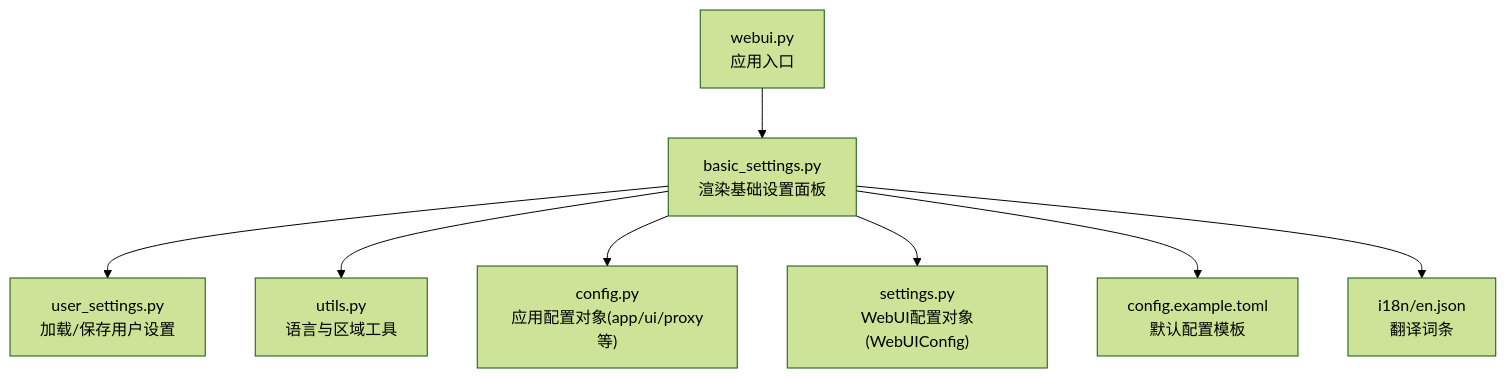
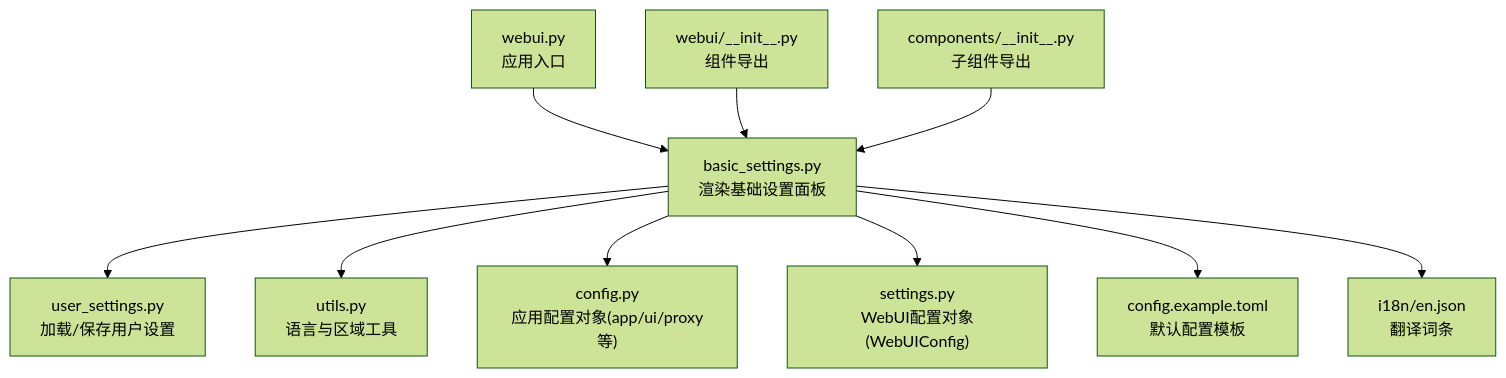
Before and after one commit to wowoduang/AIVideoClaude: the first of 6 diagrams in .qoder/repowiki/zh/content/Web界面使用/基本设置.md, drawn with Mermaid (forest theme). The commit also changed other lines of this file and 26 other files, not shown here.

````diff
--- a/.qoder/repowiki/zh/content/Web界面使用/基本设置.md
+++ b/.qoder/repowiki/zh/content/Web界面使用/基本设置.md
@@ -33,10 +42,12 @@
 ```mermaid
 graph TB
 A["webui.py<br/>应用入口"] --> B["basic_settings.py<br/>渲染基础设置面板"]
 B --> C["user_settings.py<br/>加载/保存用户设置"]
 B --> D["utils.py<br/>语言与区域工具"]
 B --> E["config.py<br/>应用配置对象(app/ui/proxy等)"]
 B --> F["settings.py<br/>WebUI配置对象(WebUIConfig)"]
 B --> G["config.example.toml<br/>默认配置模板"]
 B --> H["i18n/en.json<br/>翻译词条"]
+I["webui/__init__.py<br/>组件导出"] --> B
+J["components/__init__.py<br/>子组件导出"] --> B
 ```
````
